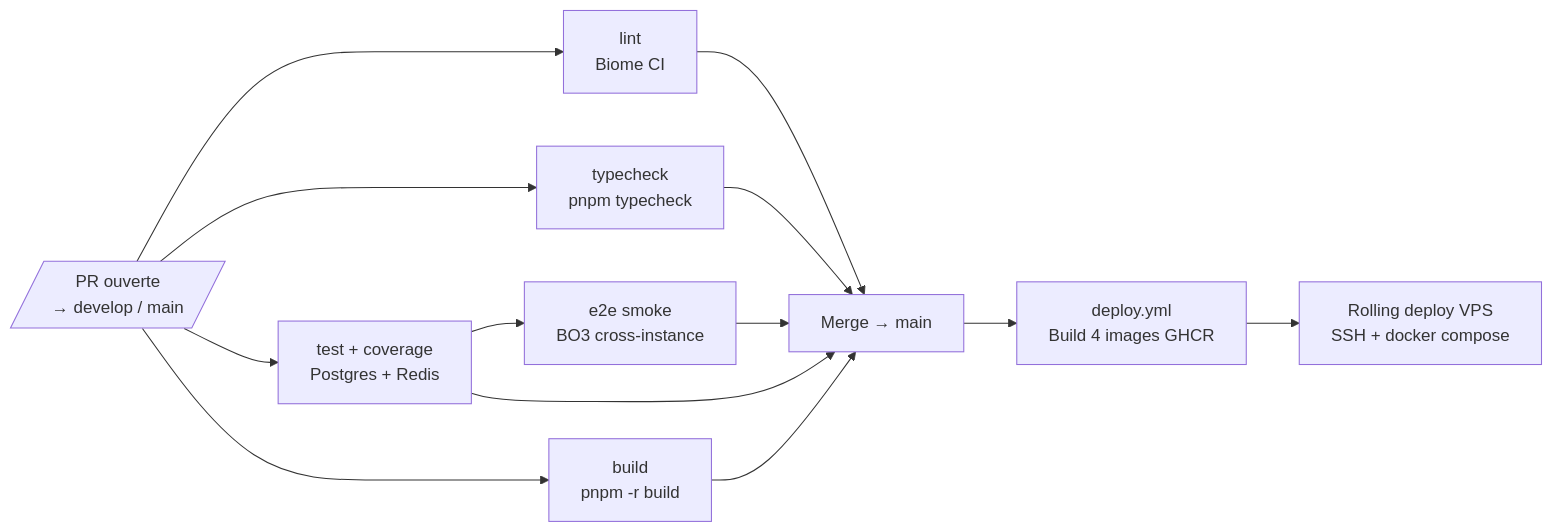
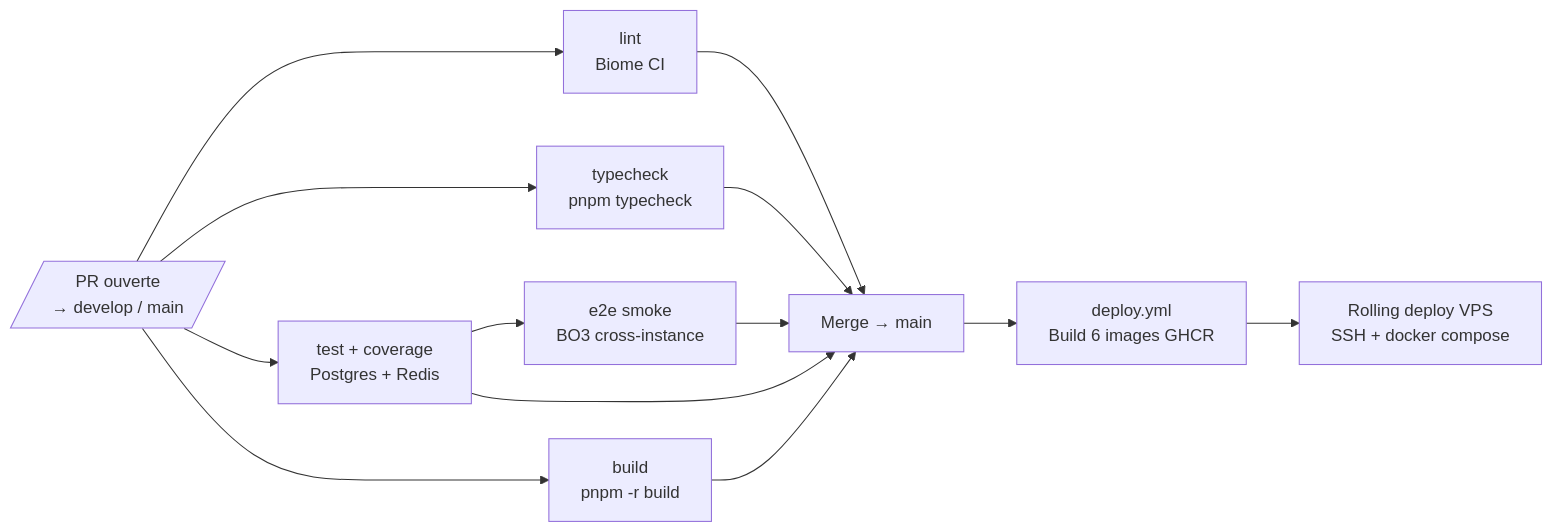
One commit to Team-3-Ynov/Chifoumi changed the seventh of 7 diagrams in docs/slides.md. Above: the diagram before and after it, drawn with Mermaid. The commit also changed other lines of this file, not shown here.

First line of the commit message:
docs(docs): update slides to reflect 6-service architecture

````diff
--- a/docs/slides.md
+++ b/docs/slides.md
@@ -375,17 +496,17 @@
 ```mermaid {scale: 0.6}
 flowchart LR
   PR[/"PR ouverte<br/>→ develop / main"/]
   L["lint<br/>Biome CI"]
   TC["typecheck<br/>pnpm typecheck"]
   T["test + coverage<br/>Postgres + Redis"]
   B["build<br/>pnpm -r build"]
   E["e2e smoke<br/>BO3 cross-instance"]
   MERGE["Merge → main"]
-  D["deploy.yml<br/>Build 4 images GHCR"]
+  D["deploy.yml<br/>Build 6 images GHCR"]
   VPS["Rolling deploy VPS<br/>SSH + docker compose"]
 
   PR --> L & TC & T & B
   T --> E
   L & TC & T & B & E --> MERGE
   MERGE --> D --> VPS
 ```
````
